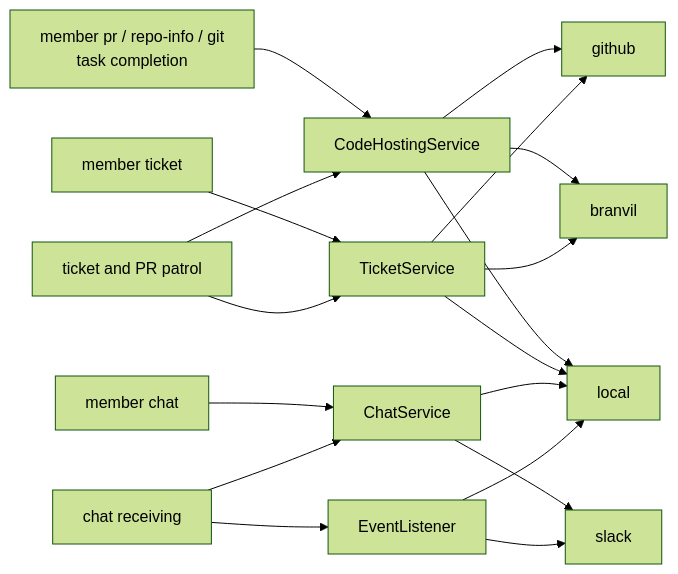
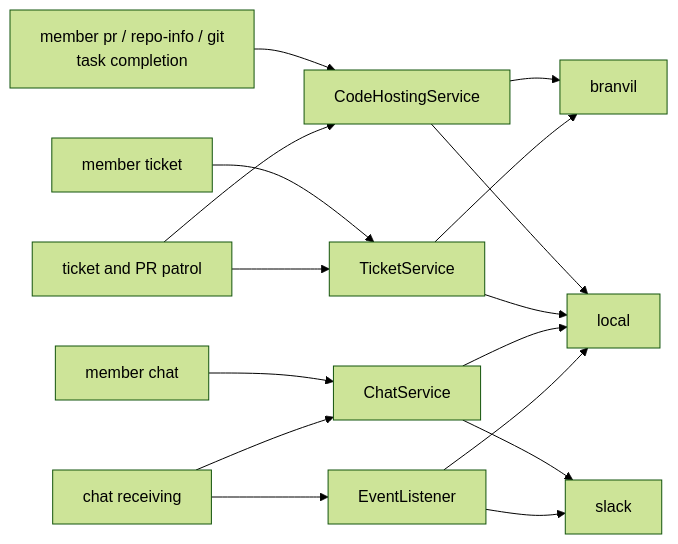
The diagram in docs/ARCHITECTURE.md (GuildBotics/GuildBotics), drawn with Mermaid (forest theme) before and after one commit. The commit also changed other lines of this file and 61 other files, not shown here.

````diff
--- a/docs/ARCHITECTURE.md
+++ b/docs/ARCHITECTURE.md
@@ -222,21 +173,19 @@
 ```mermaid
 flowchart LR
     CodeCLI["member pr / repo-info / git<br/>task completion"] --> Code["CodeHostingService"]
     TicketCLI["member ticket"] --> Tickets["TicketService"]
     Patrol["ticket and PR patrol"] --> Code
     Patrol --> Tickets
     ChatCLI["member chat"] --> Chat["ChatService"]
     Receive["chat receiving"] --> Listener["EventListener"]
     Receive --> Chat
 
-    Code --> GitHub["github"]
-    Tickets --> GitHub
     Code --> Branvil["branvil"]
     Tickets --> Branvil
     Chat --> Slack["slack"]
     Listener --> Slack
     Code --> Local["local"]
     Tickets --> Local
     Chat --> Local
     Listener --> Local
 ```
````
